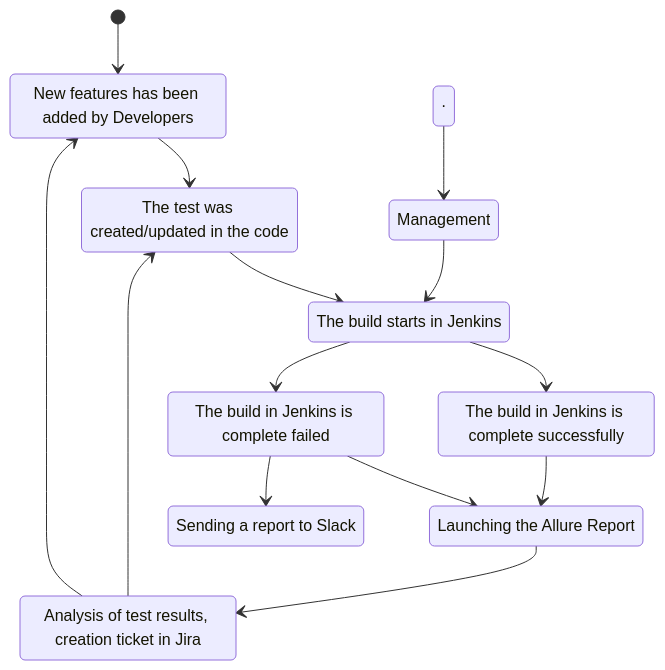
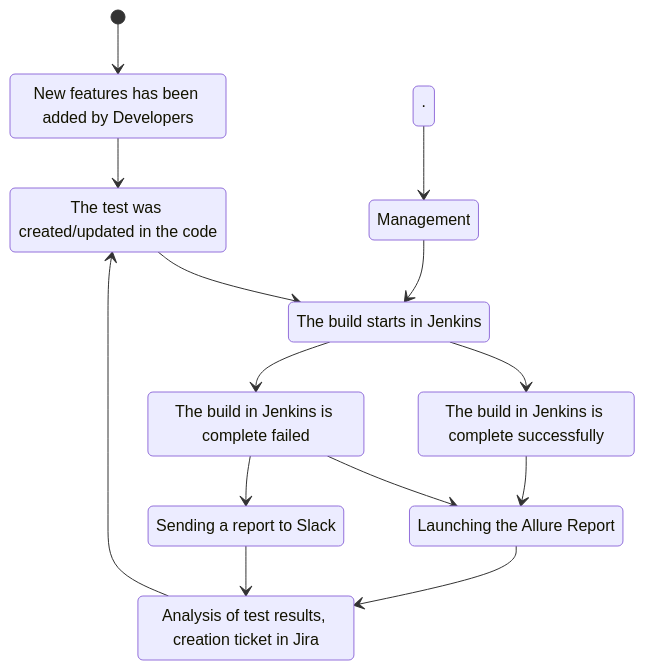
One commit to berezovskievgenisergeevich/oui-webapp changed the first of 2 diagrams in README.md. Above: the diagram before and after it, drawn with Mermaid.

````diff
--- a/README.md
+++ b/README.md
@@ -19,25 +19,25 @@
 ```mermaid
 stateDiagram-v2
 state "New features has been added by Developers" as A_0
 state "The test was created/updated in the code" as A
 state "The build starts in Jenkins" as B
 state "The build in Jenkins is complete successfully" as C
 state "The build in Jenkins is complete failed" as C_1
 state "Launching the Allure Report" as D
 state "Sending a report to Slack" as D_1
 state "Analysis of test results, creation ticket in Jira" as E
 state "Management" as M
 [*] --> A_0
 · --> M
 A_0 --> A
 A --> B
 M --> B
 B --> C
 B --> C_1
 C --> D
 C_1 --> D
 C_1 --> D_1
 D --> E
+D_1 --> E
 E --> A
-E --> A_0
 ```
````
